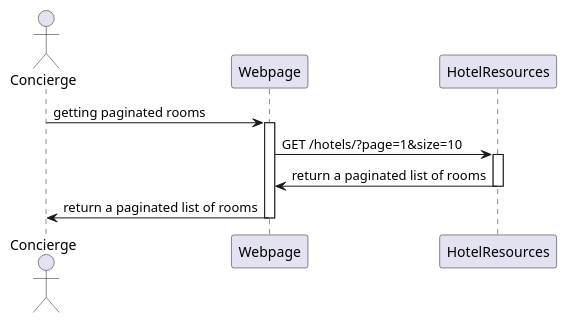
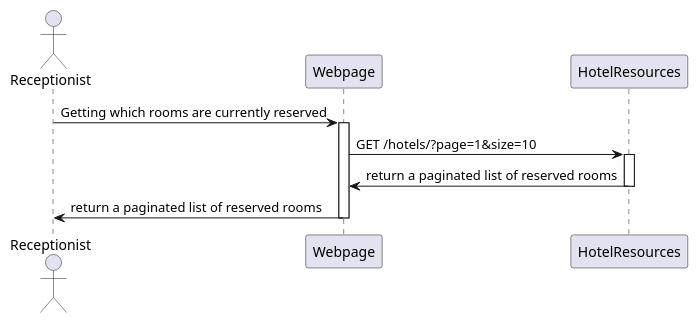
Before and after one commit to dearrudam/workshop-quarkus-jnosql-quarkus-club: the diagram in doc/getting-all-reserved-rooms.puml, drawn with PlantUML. The commit also changed 10 other files, not shown here.

```diff
--- a/doc/getting-all-reserved-rooms.puml
+++ b/doc/getting-all-reserved-rooms.puml
@@ -1,15 +1,15 @@
 @startuml
 
-actor Concierge
+actor Receptionist
 
 
-Concierge -> Webpage: getting paginated rooms
+Receptionist -> Webpage: Getting which rooms are currently reserved
 activate Webpage
 Webpage -> HotelResources: GET /hotels/?page=1&size=10
 activate HotelResources
-Webpage <- HotelResources: return a paginated list of rooms
+Webpage <- HotelResources: return a paginated list of reserved rooms
 deactivate HotelResources
-Concierge <- Webpage: return a paginated list of rooms
+Receptionist <- Webpage: return a paginated list of reserved rooms
 deactivate Webpage
 
 @enduml
```
